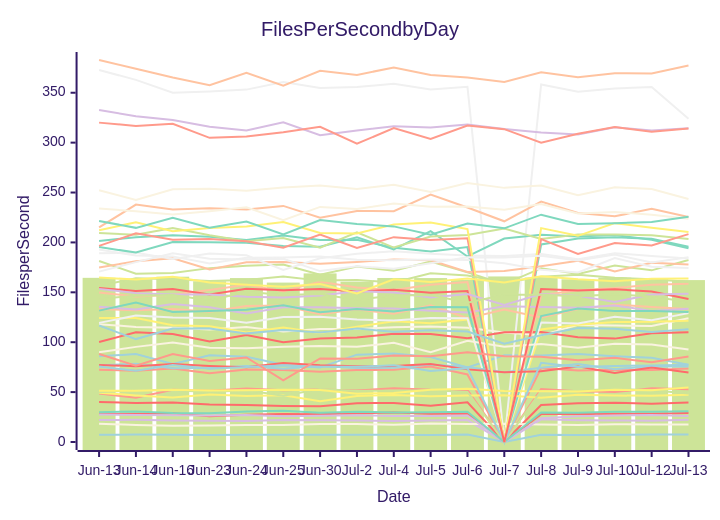
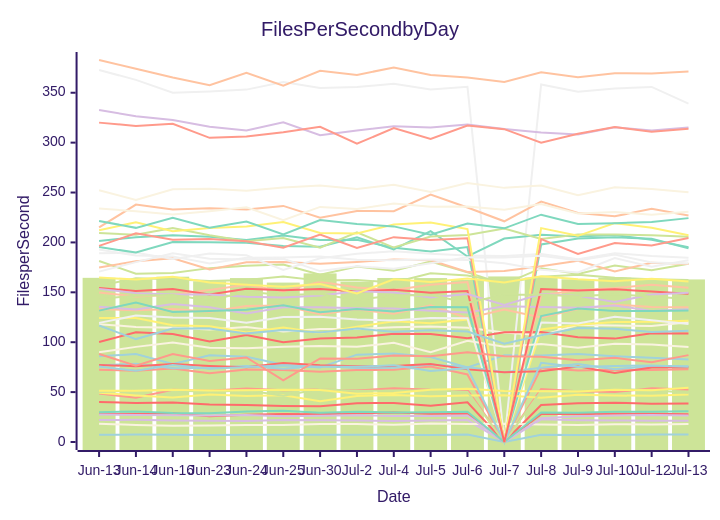
Before and after one commit to streetsidesoftware/cspell: the diagram in perf-report.md, drawn with Mermaid (forest theme). The commit also changed other lines of this file and 1 other file, not shown here.

````diff
--- a/perf-report.md
+++ b/perf-report.md
@@ -10,57 +10,57 @@
 ```mermaid
 xychart-beta
     title Files Per Second by Day
     y-axis Files per Second
     x-axis Date [Jun-13, Jun-14, Jun-16, Jun-23, Jun-24, Jun-25, Jun-30, Jul-2, Jul-4, Jul-5, Jul-6, Jul-7, Jul-8, Jul-9, Jul-10, Jul-12, Jul-13]
-    bar [164.52, 162.91, 165.65, 161.06, 164.28, 159.75, 168.95, 160.66, 164.38, 164.27, 162.48, 165.90, 164.83, 163.05, 164.68, 163.19, 162.25]
-    line [40.00, 39.07, 39.70, 37.48, 36.99, 36.10, 35.86, 38.94, 38.99, 36.38, 39.71, 0.00, 37.09, 38.73, 39.43, 38.35, 39.63]
-    line [85.81, 88.09, 78.16, 86.88, 85.49, 77.34, 74.76, 87.51, 88.59, 85.26, 74.62, 86.95, 86.80, 88.24, 86.00, 84.39, 77.42]
-    line [22.04, 22.18, 21.66, 21.30, 21.15, 22.00, 21.90, 21.51, 21.13, 21.43, 22.00, 0.00, 22.72, 21.87, 21.57, 21.20, 22.39]
-    line [372.72, 362.93, 349.94, 351.35, 353.13, 360.69, 354.83, 355.80, 359.03, 353.22, 355.88, 0.00, 358.26, 350.93, 354.34, 355.82, 323.90]
-    line [133.31, 131.91, 133.18, 130.59, 136.24, 136.67, 127.99, 132.91, 128.52, 136.97, 123.97, 132.77, 124.67, 133.15, 137.66, 135.26, 133.37]
-    line [201.47, 205.17, 207.22, 205.60, 202.43, 207.02, 202.54, 202.72, 194.67, 190.86, 195.33, 0.00, 197.97, 203.94, 205.22, 203.61, 195.59]
-    line [48.63, 44.36, 52.41, 51.44, 53.68, 51.84, 52.69, 51.50, 53.98, 52.25, 52.09, 0.00, 53.03, 50.88, 50.01, 53.83, 52.76]
-    line [118.07, 115.35, 114.38, 112.71, 115.12, 110.67, 113.20, 113.18, 115.07, 115.63, 114.45, 109.79, 106.87, 117.37, 116.66, 116.21, 124.09]
-    line [124.29, 124.35, 117.01, 116.01, 109.65, 114.81, 109.29, 115.47, 121.09, 119.06, 122.86, 0.00, 112.77, 117.49, 120.30, 120.41, 121.40]
-    line [181.43, 168.60, 169.42, 174.24, 176.57, 177.80, 167.68, 175.75, 171.75, 180.95, 169.97, 158.13, 174.21, 168.28, 176.77, 172.02, 182.32]
-    line [100.16, 109.91, 108.33, 100.84, 107.27, 100.09, 103.62, 104.63, 108.43, 108.27, 103.96, 110.08, 110.20, 105.06, 103.60, 109.02, 110.10]
-    line [7.35, 7.42, 7.28, 7.12, 7.22, 7.17, 7.37, 7.23, 7.36, 6.99, 7.61, 0.00, 7.24, 7.01, 7.27, 7.49, 7.61]
-    line [135.55, 132.71, 138.18, 135.01, 128.78, 135.00, 135.05, 134.05, 133.73, 131.56, 129.78, 136.12, 135.18, 134.44, 136.88, 131.27, 133.62]
-    line [119.36, 126.68, 124.68, 124.29, 119.55, 125.16, 125.39, 122.70, 121.73, 124.30, 123.97, 0.00, 119.80, 118.70, 125.49, 121.97, 129.14]
-    line [174.92, 181.06, 184.11, 172.84, 180.05, 180.38, 178.52, 180.47, 182.90, 182.10, 170.31, 171.39, 176.15, 181.65, 170.98, 179.72, 177.79]
-    line [131.67, 139.76, 130.35, 131.39, 132.60, 136.92, 129.95, 133.16, 130.87, 135.23, 135.13, 0.00, 126.22, 133.87, 131.35, 131.34, 130.28]
-    line [72.46, 71.40, 73.58, 68.82, 72.77, 72.13, 70.38, 72.17, 72.40, 75.76, 67.72, 0.00, 74.05, 71.58, 72.37, 72.08, 73.73]
-    line [18.34, 17.12, 16.25, 16.59, 17.11, 17.00, 18.16, 17.94, 17.30, 18.64, 18.07, 18.36, 17.45, 17.16, 17.77, 17.48, 17.64]
-    line [49.42, 46.70, 44.72, 47.61, 46.18, 46.86, 40.79, 46.17, 47.03, 45.86, 46.70, 46.74, 44.23, 47.36, 46.58, 46.27, 47.39]
-    line [49.85, 52.20, 51.85, 50.23, 51.87, 46.40, 53.06, 51.19, 51.40, 51.86, 50.10, 0.00, 51.21, 51.39, 53.37, 51.98, 48.50]
-    line [28.16, 28.05, 28.76, 25.82, 27.29, 28.03, 27.82, 28.74, 29.48, 28.36, 28.34, 0.00, 27.98, 28.10, 28.43, 28.38, 29.13]
-    line [76.81, 78.39, 74.00, 74.26, 76.13, 73.45, 76.23, 74.07, 74.35, 77.62, 75.07, 70.03, 74.46, 78.13, 73.01, 75.98, 75.55]
-    line [332.69, 326.37, 322.64, 316.02, 312.10, 320.45, 307.34, 312.08, 316.35, 315.20, 318.22, 313.66, 310.11, 308.24, 315.35, 312.26, 314.42]
-    line [189.08, 189.64, 183.39, 188.80, 187.17, 172.53, 184.06, 188.67, 191.18, 188.53, 186.82, 186.30, 188.38, 183.25, 189.14, 186.31, 183.88]
-    line [149.82, 145.84, 147.63, 152.29, 157.67, 151.07, 160.69, 154.94, 152.23, 157.47, 160.32, 0.00, 147.14, 152.12, 154.25, 157.55, 158.63]
-    line [195.38, 189.84, 200.33, 200.19, 199.73, 196.39, 195.67, 205.11, 192.90, 211.35, 185.93, 203.88, 207.58, 205.87, 207.35, 202.66, 194.21]
-    line [320.05, 316.70, 318.97, 304.83, 306.07, 310.41, 315.81, 298.93, 314.56, 303.69, 317.11, 313.48, 300.01, 308.91, 315.76, 310.85, 314.23]
-    line [89.92, 95.33, 99.63, 94.35, 94.02, 95.44, 96.15, 95.34, 99.55, 90.07, 101.41, 95.54, 98.21, 94.52, 98.50, 97.78, 92.69]
-    line [51.41, 51.47, 52.39, 51.73, 51.82, 52.39, 52.00, 48.43, 49.22, 52.34, 53.26, 51.10, 50.86, 50.66, 52.36, 51.79, 54.55]
-    line [209.33, 207.61, 214.45, 207.28, 201.26, 204.34, 194.65, 210.00, 194.85, 205.89, 207.36, 213.92, 203.52, 207.94, 208.03, 207.20, 203.54]
-    line [77.13, 76.03, 78.06, 76.22, 74.88, 79.14, 76.99, 75.88, 76.09, 78.08, 72.78, 69.82, 70.79, 75.77, 69.10, 74.66, 69.68]
-    line [75.61, 71.46, 77.16, 73.34, 75.14, 76.59, 75.51, 75.45, 76.79, 71.21, 73.99, 0.00, 79.33, 75.23, 76.27, 76.63, 77.44]
-    line [27.49, 26.99, 26.84, 26.60, 26.95, 25.71, 26.35, 26.84, 26.11, 26.06, 26.52, 0.00, 23.76, 25.86, 26.61, 27.13, 26.14]
-    line [192.94, 186.79, 186.02, 178.80, 184.67, 184.84, 185.79, 182.56, 182.17, 182.82, 182.50, 179.12, 172.62, 169.88, 184.28, 175.71, 174.46]
-    line [215.01, 237.87, 232.93, 234.34, 233.01, 236.58, 224.78, 231.59, 231.28, 247.94, 235.03, 221.17, 240.95, 229.51, 226.18, 233.66, 225.55]
-    line [29.76, 30.63, 29.07, 28.80, 30.64, 31.41, 29.25, 30.37, 29.62, 29.89, 30.35, 0.00, 29.68, 29.34, 30.24, 30.35, 30.75]
-    line [196.51, 209.12, 202.60, 203.46, 201.26, 194.60, 207.89, 194.40, 205.29, 202.49, 204.26, 0.00, 203.31, 188.55, 199.47, 196.87, 208.30]
-    line [234.11, 231.13, 227.87, 231.36, 235.26, 222.40, 235.59, 233.45, 238.97, 235.75, 235.89, 232.86, 238.48, 229.00, 230.57, 227.85, 223.74]
-    line [212.23, 220.18, 211.27, 214.37, 216.02, 220.47, 209.37, 208.94, 217.94, 219.88, 213.33, 0.00, 214.36, 206.61, 219.33, 214.62, 210.52]
-    line [156.38, 164.16, 163.15, 161.29, 162.24, 165.87, 161.72, 162.26, 159.82, 169.05, 166.75, 159.60, 165.64, 167.61, 164.48, 163.07, 160.65]
-    line [154.36, 151.21, 153.33, 147.83, 153.51, 152.15, 153.26, 150.82, 152.56, 149.61, 151.37, 0.00, 153.34, 151.79, 153.10, 150.91, 143.23]
-    line [116.73, 103.14, 113.74, 113.71, 108.86, 112.34, 109.73, 113.68, 110.37, 111.97, 110.64, 98.54, 106.95, 114.12, 113.53, 110.15, 113.02]
-    line [153.45, 149.19, 147.76, 147.78, 145.47, 144.87, 146.87, 151.06, 149.73, 144.88, 148.36, 137.35, 148.23, 146.43, 140.41, 147.84, 148.64]
-    line [170.75, 180.24, 189.10, 183.71, 182.95, 183.62, 171.28, 176.05, 173.54, 179.14, 185.15, 184.99, 186.71, 181.92, 187.82, 179.82, 185.05]
-    line [382.81, 374.09, 365.35, 357.60, 370.08, 357.07, 371.96, 367.90, 375.27, 367.85, 365.20, 360.83, 370.59, 365.59, 369.56, 369.35, 377.35]
-    line [221.53, 214.60, 224.77, 214.79, 220.92, 207.92, 222.39, 218.49, 216.06, 207.77, 218.95, 214.11, 227.80, 218.56, 219.23, 220.42, 225.83]
-    line [88.26, 76.41, 88.08, 81.29, 84.76, 61.88, 83.73, 83.48, 86.69, 85.83, 89.91, 85.92, 85.41, 81.93, 84.31, 79.99, 85.65]
-    line [252.37, 242.53, 253.26, 253.77, 251.67, 255.05, 257.07, 253.64, 257.67, 250.47, 259.54, 254.67, 257.07, 247.35, 255.25, 253.55, 243.53]
-    line [164.92, 162.77, 165.48, 159.81, 157.56, 155.70, 158.25, 148.90, 163.02, 160.27, 163.84, 159.78, 166.09, 162.99, 161.12, 163.50, 163.91]
-    line [143.36, 146.61, 147.23, 141.81, 150.65, 147.20, 148.34, 142.33, 146.88, 147.38, 139.67, 147.57, 147.61, 146.15, 148.02, 145.81, 140.41]
+    bar [164.52, 162.91, 165.65, 161.06, 164.28, 159.75, 168.95, 160.66, 164.38, 164.27, 162.48, 165.90, 164.83, 163.05, 164.68, 163.19, 162.91]
+    line [40.00, 39.07, 39.70, 37.48, 36.99, 36.10, 35.86, 38.94, 38.99, 36.38, 39.71, 0.00, 37.09, 38.73, 39.43, 38.35, 38.60]
+    line [85.81, 88.09, 78.16, 86.88, 85.49, 77.34, 74.76, 87.51, 88.59, 85.26, 74.62, 86.95, 86.80, 88.24, 86.00, 84.39, 82.74]
+    line [22.04, 22.18, 21.66, 21.30, 21.15, 22.00, 21.90, 21.51, 21.13, 21.43, 22.00, 0.00, 22.72, 21.87, 21.57, 21.20, 21.22]
+    line [372.72, 362.93, 349.94, 351.35, 353.13, 360.69, 354.83, 355.80, 359.03, 353.22, 355.88, 0.00, 358.26, 350.93, 354.34, 355.82, 339.08]
+    line [133.31, 131.91, 133.18, 130.59, 136.24, 136.67, 127.99, 132.91, 128.52, 136.97, 123.97, 132.77, 124.67, 133.15, 137.66, 135.26, 135.05]
+    line [201.47, 205.17, 207.22, 205.60, 202.43, 207.02, 202.54, 202.72, 194.67, 190.86, 195.33, 0.00, 197.97, 203.94, 205.22, 203.61, 194.11]
+    line [48.63, 44.36, 52.41, 51.44, 53.68, 51.84, 52.69, 51.50, 53.98, 52.25, 52.09, 0.00, 53.03, 50.88, 50.01, 53.83, 52.52]
+    line [118.07, 115.35, 114.38, 112.71, 115.12, 110.67, 113.20, 113.18, 115.07, 115.63, 114.45, 109.79, 106.87, 117.37, 116.66, 116.21, 120.01]
+    line [124.29, 124.35, 117.01, 116.01, 109.65, 114.81, 109.29, 115.47, 121.09, 119.06, 122.86, 0.00, 112.77, 117.49, 120.30, 120.41, 121.48]
+    line [181.43, 168.60, 169.42, 174.24, 176.57, 177.80, 167.68, 175.75, 171.75, 180.95, 169.97, 158.13, 174.21, 168.28, 176.77, 172.02, 178.73]
+    line [100.16, 109.91, 108.33, 100.84, 107.27, 100.09, 103.62, 104.63, 108.43, 108.27, 103.96, 110.08, 110.20, 105.06, 103.60, 109.02, 108.61]
+    line [7.35, 7.42, 7.28, 7.12, 7.22, 7.17, 7.37, 7.23, 7.36, 6.99, 7.61, 0.00, 7.24, 7.01, 7.27, 7.49, 7.45]
+    line [135.55, 132.71, 138.18, 135.01, 128.78, 135.00, 135.05, 134.05, 133.73, 131.56, 129.78, 136.12, 135.18, 134.44, 136.88, 131.27, 133.01]
+    line [119.36, 126.68, 124.68, 124.29, 119.55, 125.16, 125.39, 122.70, 121.73, 124.30, 123.97, 0.00, 119.80, 118.70, 125.49, 121.97, 118.29]
+    line [174.92, 181.06, 184.11, 172.84, 180.05, 180.38, 178.52, 180.47, 182.90, 182.10, 170.31, 171.39, 176.15, 181.65, 170.98, 179.72, 178.38]
+    line [131.67, 139.76, 130.35, 131.39, 132.60, 136.92, 129.95, 133.16, 130.87, 135.23, 135.13, 0.00, 126.22, 133.87, 131.35, 131.34, 131.75]
+    line [72.46, 71.40, 73.58, 68.82, 72.77, 72.13, 70.38, 72.17, 72.40, 75.76, 67.72, 0.00, 74.05, 71.58, 72.37, 72.08, 72.78]
+    line [18.34, 17.12, 16.25, 16.59, 17.11, 17.00, 18.16, 17.94, 17.30, 18.64, 18.07, 18.36, 17.45, 17.16, 17.77, 17.48, 17.98]
+    line [49.42, 46.70, 44.72, 47.61, 46.18, 46.86, 40.79, 46.17, 47.03, 45.86, 46.70, 46.74, 44.23, 47.36, 46.58, 46.27, 47.55]
+    line [49.85, 52.20, 51.85, 50.23, 51.87, 46.40, 53.06, 51.19, 51.40, 51.86, 50.10, 0.00, 51.21, 51.39, 53.37, 51.98, 49.43]
+    line [28.16, 28.05, 28.76, 25.82, 27.29, 28.03, 27.82, 28.74, 29.48, 28.36, 28.34, 0.00, 27.98, 28.10, 28.43, 28.38, 27.89]
+    line [76.81, 78.39, 74.00, 74.26, 76.13, 73.45, 76.23, 74.07, 74.35, 77.62, 75.07, 70.03, 74.46, 78.13, 73.01, 75.98, 76.02]
+    line [332.69, 326.37, 322.64, 316.02, 312.10, 320.45, 307.34, 312.08, 316.35, 315.20, 318.22, 313.66, 310.11, 308.24, 315.35, 312.26, 315.10]
+    line [189.08, 189.64, 183.39, 188.80, 187.17, 172.53, 184.06, 188.67, 191.18, 188.53, 186.82, 186.30, 188.38, 183.25, 189.14, 186.31, 184.57]
+    line [149.82, 145.84, 147.63, 152.29, 157.67, 151.07, 160.69, 154.94, 152.23, 157.47, 160.32, 0.00, 147.14, 152.12, 154.25, 157.55, 154.62]
+    line [195.38, 189.84, 200.33, 200.19, 199.73, 196.39, 195.67, 205.11, 192.90, 211.35, 185.93, 203.88, 207.58, 205.87, 207.35, 202.66, 195.27]
+    line [320.05, 316.70, 318.97, 304.83, 306.07, 310.41, 315.81, 298.93, 314.56, 303.69, 317.11, 313.48, 300.01, 308.91, 315.76, 310.85, 313.82]
+    line [89.92, 95.33, 99.63, 94.35, 94.02, 95.44, 96.15, 95.34, 99.55, 90.07, 101.41, 95.54, 98.21, 94.52, 98.50, 97.78, 95.28]
+    line [51.41, 51.47, 52.39, 51.73, 51.82, 52.39, 52.00, 48.43, 49.22, 52.34, 53.26, 51.10, 50.86, 50.66, 52.36, 51.79, 54.34]
+    line [209.33, 207.61, 214.45, 207.28, 201.26, 204.34, 194.65, 210.00, 194.85, 205.89, 207.36, 213.92, 203.52, 207.94, 208.03, 207.20, 205.60]
+    line [77.13, 76.03, 78.06, 76.22, 74.88, 79.14, 76.99, 75.88, 76.09, 78.08, 72.78, 69.82, 70.79, 75.77, 69.10, 74.66, 74.82]
+    line [75.61, 71.46, 77.16, 73.34, 75.14, 76.59, 75.51, 75.45, 76.79, 71.21, 73.99, 0.00, 79.33, 75.23, 76.27, 76.63, 75.30]
+    line [27.49, 26.99, 26.84, 26.60, 26.95, 25.71, 26.35, 26.84, 26.11, 26.06, 26.52, 0.00, 23.76, 25.86, 26.61, 27.13, 26.68]
+    line [192.94, 186.79, 186.02, 178.80, 184.67, 184.84, 185.79, 182.56, 182.17, 182.82, 182.50, 179.12, 172.62, 169.88, 184.28, 175.71, 182.06]
+    line [215.01, 237.87, 232.93, 234.34, 233.01, 236.58, 224.78, 231.59, 231.28, 247.94, 235.03, 221.17, 240.95, 229.51, 226.18, 233.66, 227.06]
+    line [29.76, 30.63, 29.07, 28.80, 30.64, 31.41, 29.25, 30.37, 29.62, 29.89, 30.35, 0.00, 29.68, 29.34, 30.24, 30.35, 30.86]
+    line [196.51, 209.12, 202.60, 203.46, 201.26, 194.60, 207.89, 194.40, 205.29, 202.49, 204.26, 0.00, 203.31, 188.55, 199.47, 196.87, 204.37]
+    line [234.11, 231.13, 227.87, 231.36, 235.26, 222.40, 235.59, 233.45, 238.97, 235.75, 235.89, 232.86, 238.48, 229.00, 230.57, 227.85, 230.82]
+    line [212.23, 220.18, 211.27, 214.37, 216.02, 220.47, 209.37, 208.94, 217.94, 219.88, 213.33, 0.00, 214.36, 206.61, 219.33, 214.62, 207.13]
+    line [156.38, 164.16, 163.15, 161.29, 162.24, 165.87, 161.72, 162.26, 159.82, 169.05, 166.75, 159.60, 165.64, 167.61, 164.48, 163.07, 162.23]
+    line [154.36, 151.21, 153.33, 147.83, 153.51, 152.15, 153.26, 150.82, 152.56, 149.61, 151.37, 0.00, 153.34, 151.79, 153.10, 150.91, 148.64]
+    line [116.73, 103.14, 113.74, 113.71, 108.86, 112.34, 109.73, 113.68, 110.37, 111.97, 110.64, 98.54, 106.95, 114.12, 113.53, 110.15, 111.38]
+    line [153.45, 149.19, 147.76, 147.78, 145.47, 144.87, 146.87, 151.06, 149.73, 144.88, 148.36, 137.35, 148.23, 146.43, 140.41, 147.84, 149.53]
+    line [170.75, 180.24, 189.10, 183.71, 182.95, 183.62, 171.28, 176.05, 173.54, 179.14, 185.15, 184.99, 186.71, 181.92, 187.82, 179.82, 178.95]
+    line [382.81, 374.09, 365.35, 357.60, 370.08, 357.07, 371.96, 367.90, 375.27, 367.85, 365.20, 360.83, 370.59, 365.59, 369.56, 369.35, 371.18]
+    line [221.53, 214.60, 224.77, 214.79, 220.92, 207.92, 222.39, 218.49, 216.06, 207.77, 218.95, 214.11, 227.80, 218.56, 219.23, 220.42, 224.35]
+    line [88.26, 76.41, 88.08, 81.29, 84.76, 61.88, 83.73, 83.48, 86.69, 85.83, 89.91, 85.92, 85.41, 81.93, 84.31, 79.99, 87.05]
+    line [252.37, 242.53, 253.26, 253.77, 251.67, 255.05, 257.07, 253.64, 257.67, 250.47, 259.54, 254.67, 257.07, 247.35, 255.25, 253.55, 250.33]
+    line [164.92, 162.77, 165.48, 159.81, 157.56, 155.70, 158.25, 148.90, 163.02, 160.27, 163.84, 159.78, 166.09, 162.99, 161.12, 163.50, 160.82]
+    line [143.36, 146.61, 147.23, 141.81, 150.65, 147.20, 148.34, 142.33, 146.88, 147.38, 139.67, 147.57, 147.61, 146.15, 148.02, 145.81, 143.42]
 ```
````
